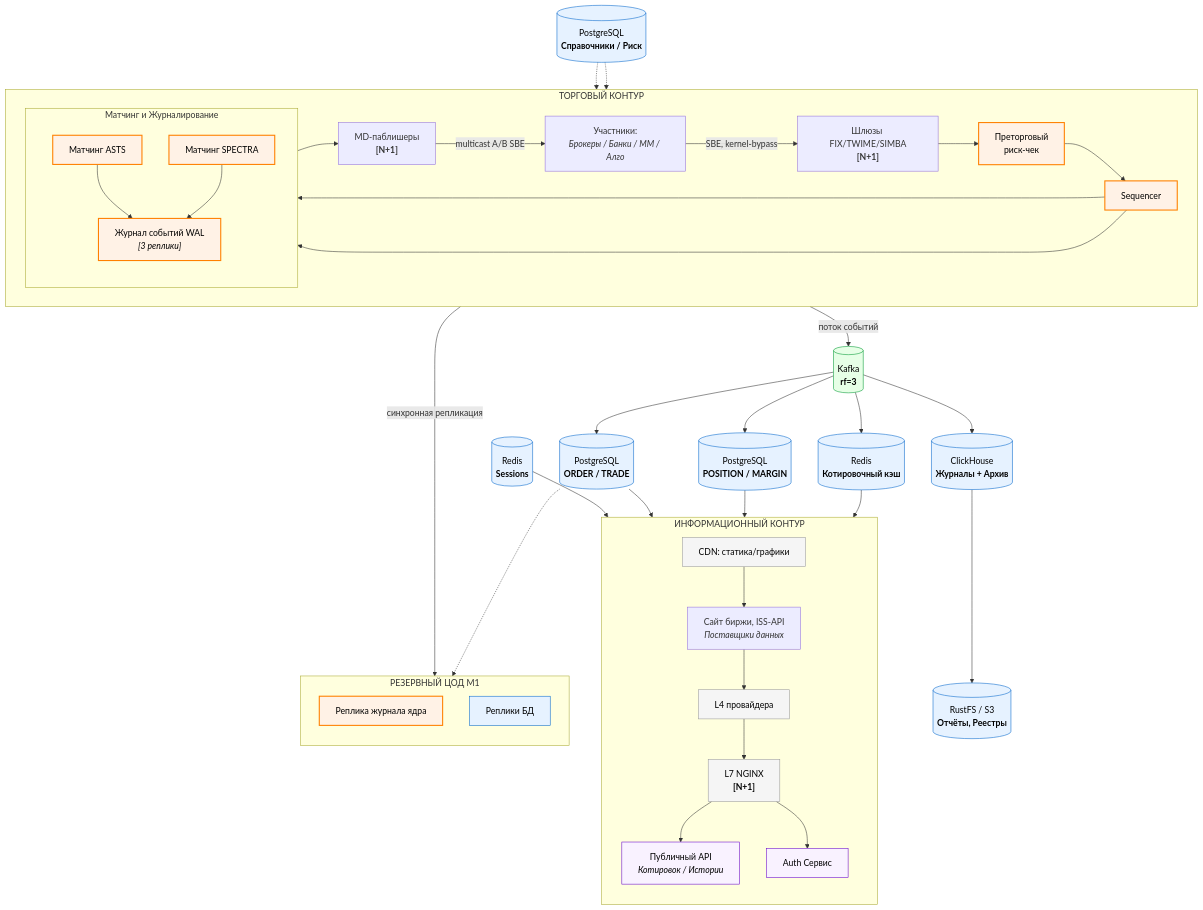
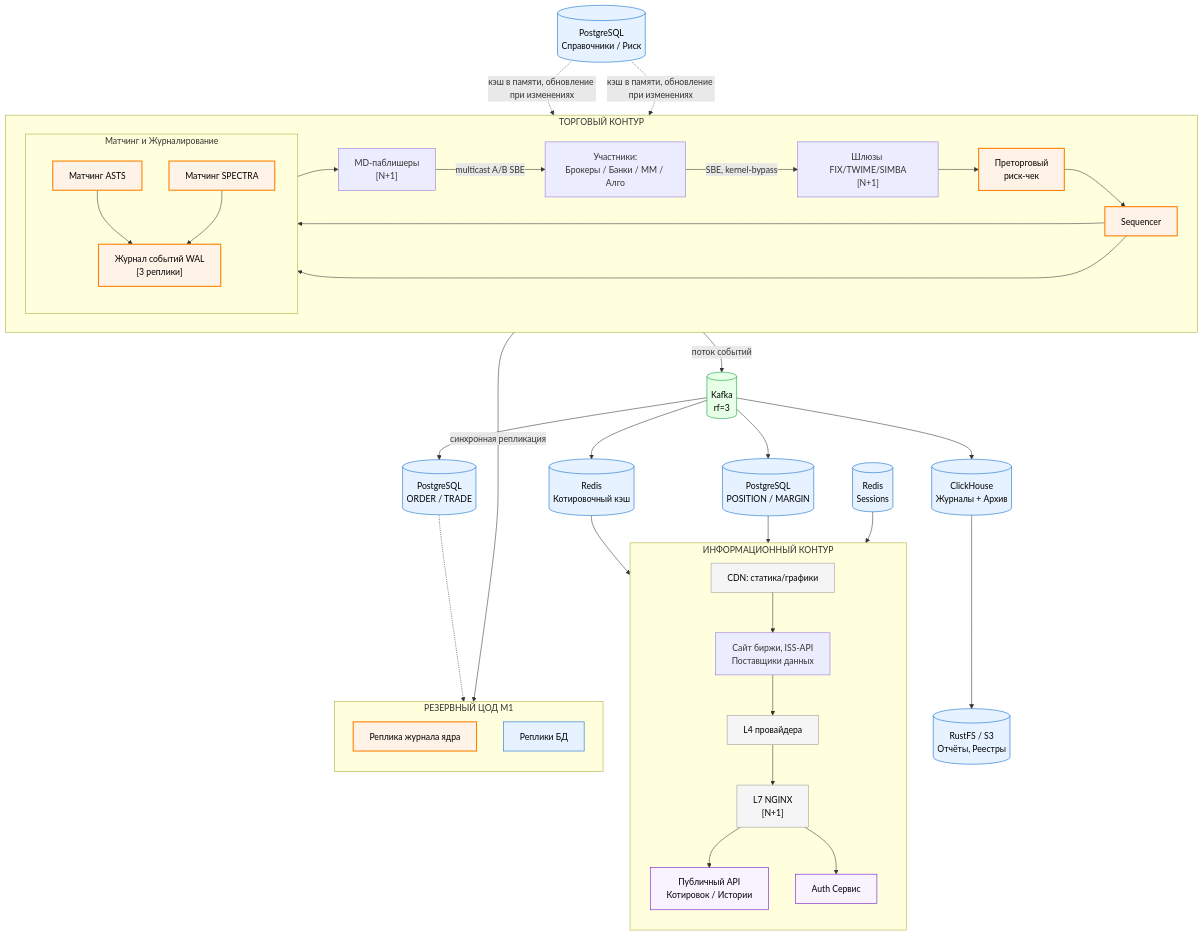
The fifth of 5 diagrams in README.md (crimsonnclover/hse-highload), drawn with Mermaid before and after one commit. The commit also changed other lines of this file, not shown here.

````diff
--- a/README.md
+++ b/README.md
@@ -781,77 +792,76 @@
 ```mermaid
 flowchart TD
     classDef core fill:#fff2e6,stroke:#ff8000,stroke-width:2px,color:#000;
     classDef db fill:#e6f2ff,stroke:#0066cc,stroke-width:1px,color:#000;
     classDef mq fill:#e6ffe6,stroke:#009933,stroke-width:1px,color:#000;
     classDef pub fill:#f9f2ff,stroke:#6600cc,stroke-width:1px,color:#000;
     classDef infra fill:#f5f5f5,stroke:#999999,stroke-width:1px,color:#000;
 
     subgraph COLO["ТОРГОВЫЙ КОНТУР"]
         direction LR
-        PROF["Участники:<br/><i>Брокеры / Банки / ММ / Алго</i>"]
-        GW["Шлюзы FIX/TWIME/SIMBA<br/><b>[N+1]</b>"]
+        PROF["Участники:<br/>Брокеры / Банки / ММ / Алго"]
+        GW["Шлюзы FIX/TWIME/SIMBA<br/>[N+1]"]
         RISK["Преторговый<br/>риск-чек"]:::core
         SEQ["Sequencer"]:::core
         
         subgraph Matching["Матчинг и Журналирование"]
             direction TB
             MEA["Матчинг ASTS"]:::core
             MES["Матчинг SPECTRA"]:::core
-            JRN["Журнал событий WAL<br/><i>[3 реплики]</i>"]:::core
+            JRN["Журнал событий WAL<br/>[3 реплики]"]:::core
             MEA --> JRN
             MES --> JRN
         end
 
-        MDP["MD-паблишеры<br/><b>[N+1]</b>"]
+        MDP["MD-паблишеры<br/>[N+1]"]
         
         PROF -->|SBE, kernel-bypass| GW
         GW --> RISK
         RISK --> SEQ
         SEQ --> MEA
         SEQ --> MES
         JRN --> MDP
         MDP -->|multicast A/B SBE| PROF
     end
 
-    PGREF[(PostgreSQL<br/><b>Справочники / Риск</b>)]:::db
-    PGREF -.-> RISK
-    PGREF -.-> MEA
+    PGREF[(PostgreSQL<br/>Справочники / Риск)]:::db
+    PGREF -.->|кэш в памяти, обновление при изменениях| RISK
+    PGREF -.->|кэш в памяти, обновление при изменениях| MEA
 
-    JRN -->|поток событий| KAFKA[(Kafka<br/><b>rf=3</b>)]:::mq
+    JRN -->|поток событий| KAFKA[(Kafka<br/>rf=3)]:::mq
 
-    KAFKA --> PGO[(PostgreSQL<br/><b>ORDER / TRADE</b>)]:::db
-    KAFKA --> PGP[(PostgreSQL<br/><b>POSITION / MARGIN</b>)]:::db
-    KAFKA --> CH[(ClickHouse<br/><b>Журналы + Архив</b>)]:::db
-    KAFKA --> RC[(Redis<br/><b>Котировочный кэш</b>)]:::db
+    KAFKA --> PGO[(PostgreSQL<br/>ORDER / TRADE)]:::db
+    KAFKA --> PGP[(PostgreSQL<br/>POSITION / MARGIN)]:::db
+    KAFKA --> CH[(ClickHouse<br/>Журналы + Архив)]:::db
+    KAFKA --> RC[(Redis<br/>Котировочный кэш)]:::db
 
-    CH --> S3[(RustFS / S3<br/><b>Отчёты, Реестры</b>)]:::db
+    CH --> S3[(RustFS / S3<br/>Отчёты, Реестры)]:::db
 
     subgraph PUB["ИНФОРМАЦИОННЫЙ КОНТУР"]
         direction TB
-        NET["Сайт биржи, ISS-API<br/><i>Поставщики данных</i>"]
+        NET["Сайт биржи, ISS-API<br/>Поставщики данных"]
         L4["L4 провайдера"]:::infra
-        L7["L7 NGINX<br/><b>[N+1]</b>"]:::infra
-        API["Публичный API<br/><i>Котировок / Истории</i>"]:::pub
+        L7["L7 NGINX<br/>[N+1]"]:::infra
+        API["Публичный API<br/>Котировок / Истории"]:::pub
         AUTH["Auth Сервис"]:::pub
         
         CDN[CDN: статика/графики]:::infra --> NET
         NET --> L4
         L4 --> L7
         L7 --> API
         L7 --> AUTH
     end
 
     RC --> API
     PGP --> API
-    PGO --> API
-    RS[(Redis<br/><b>Sessions</b>)]:::db --> AUTH
+    RS[(Redis<br/>Sessions)]:::db --> AUTH
 
     subgraph DR["РЕЗЕРВНЫЙ ЦОД M1"]
         direction TB
         JRN2["Реплика журнала ядра"]:::core
         PGR["Реплики БД"]:::db
     end
 
     JRN -->|синхронная репликация| JRN2
     PGO -.-> PGR
 ```
````
